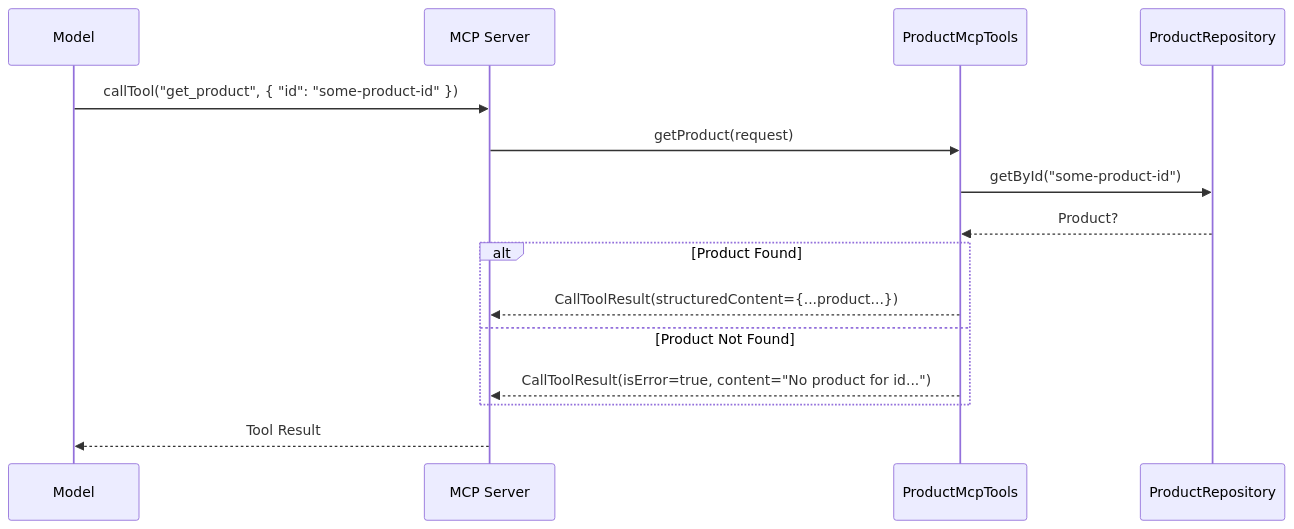
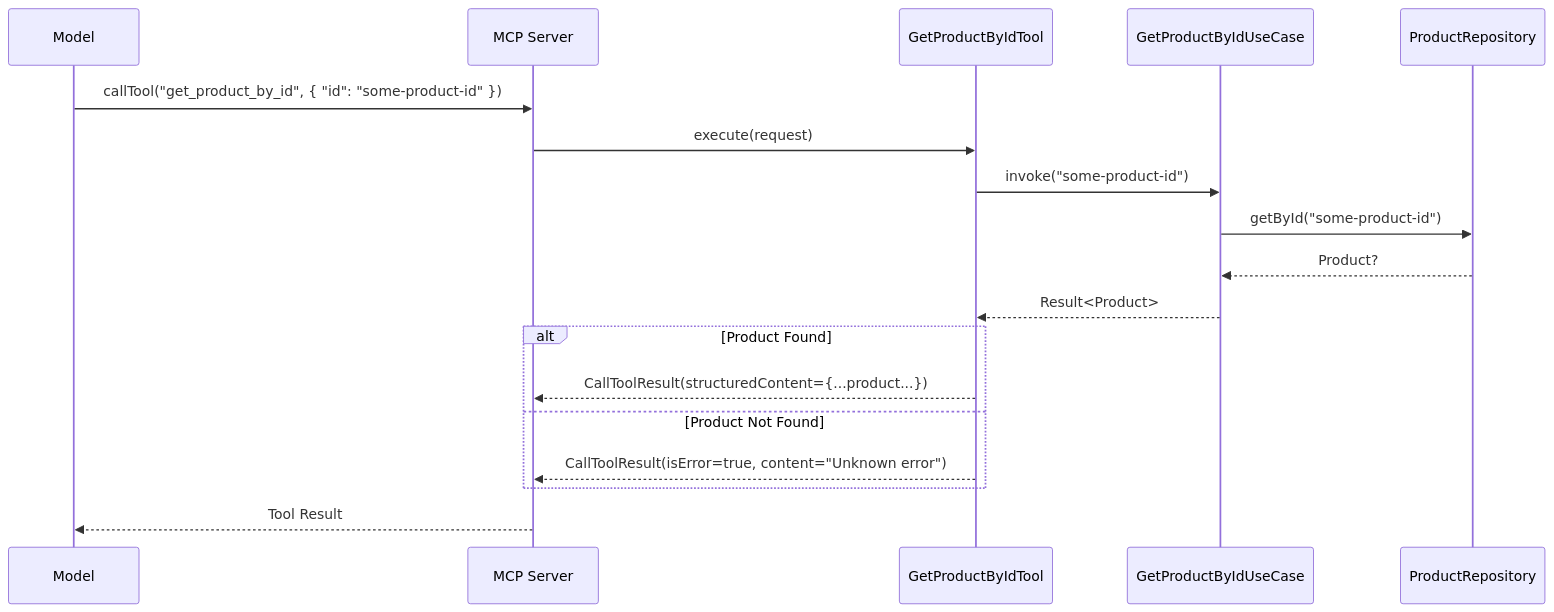
The third of 3 diagrams in server/MCP.md (aoriani/ecomm-compose-multiplatform), drawn with Mermaid before and after one commit. The commit also changed other lines of this file and 2 other files, not shown here.

First line of the commit message:
refactor: Update documentation and restructure MCP and project layout

````diff
--- a/server/MCP.md
+++ b/server/MCP.md
@@ -120,18 +138,21 @@
 ```mermaid
 sequenceDiagram
     participant M as Model
     participant S as MCP Server
-    participant T as ProductMcpTools
+    participant T as GetProductByIdTool
+    participant U as GetProductByIdUseCase
     participant R as ProductRepository
 
-    M->>S: callTool("get_product", { "id": "some-product-id" })
-    S->>T: getProduct(request)
-    T->>R: getById("some-product-id")
-    R-->>T: Product?
+    M->>S: callTool("get_product_by_id", { "id": "some-product-id" })
+    S->>T: execute(request)
+    T->>U: invoke("some-product-id")
+    U->>R: getById("some-product-id")
+    R-->>U: Product?
+    U-->>T: Result<Product>
     alt Product Found
         T-->>S: CallToolResult(structuredContent={...product...})
     else Product Not Found
-        T-->>S: CallToolResult(isError=true, content="No product for id...")
+        T-->>S: CallToolResult(isError=true, content="Unknown error")
     end
     S-->>M: Tool Result
 ```
````
